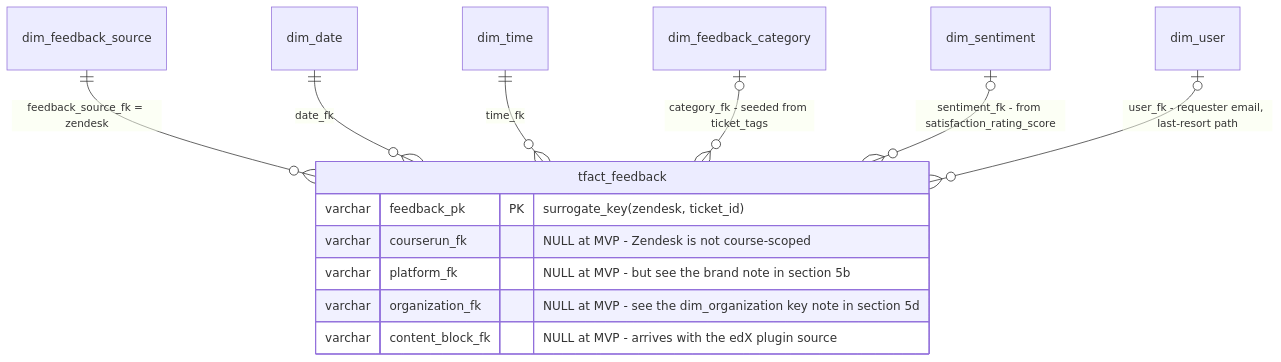
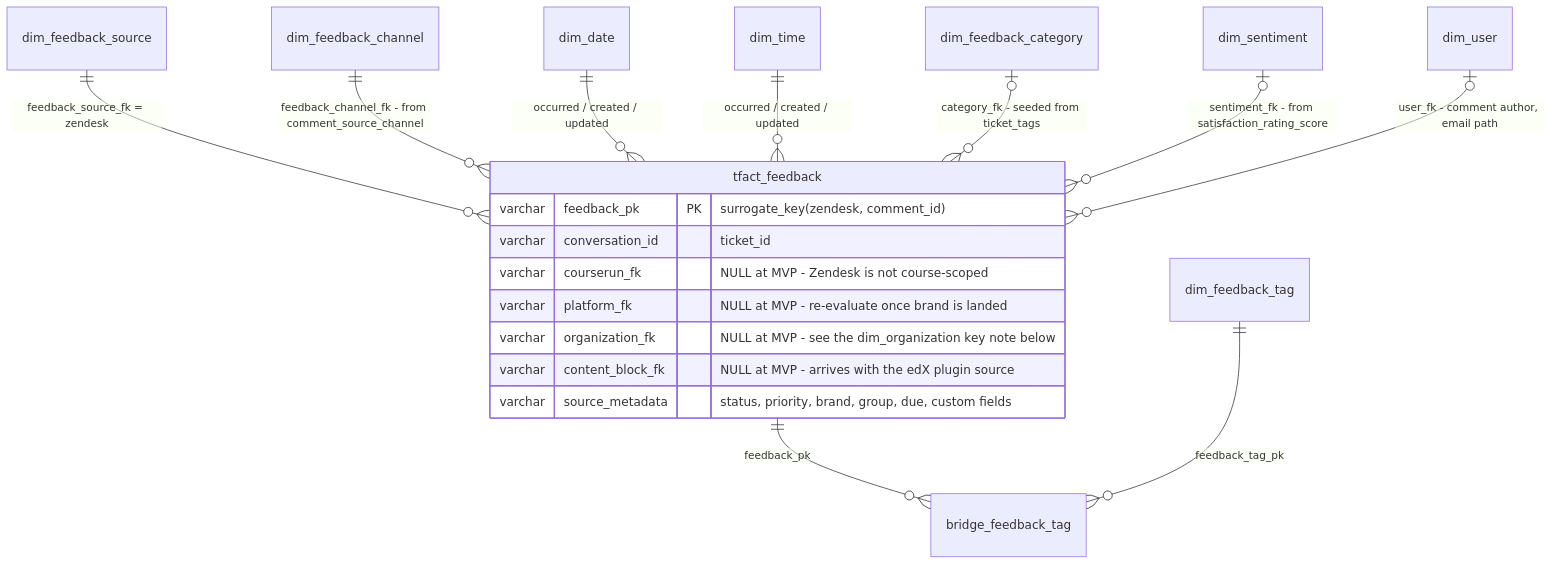
One commit to mitodl/ol-data-platform changed the fifth of 6 diagrams in docs/design/feedback_erd.md. Above: the diagram before and after it, drawn with Mermaid. The commit also changed other lines of this file and 7 other files, not shown here.

````diff
--- a/docs/design/feedback_erd.md
+++ b/docs/design/feedback_erd.md
@@ -202,17 +353,22 @@
 ```mermaid
 erDiagram
     dim_feedback_source   ||--o{ tfact_feedback : "feedback_source_fk = zendesk"
-    dim_date              ||--o{ tfact_feedback : "date_fk"
-    dim_time              ||--o{ tfact_feedback : "time_fk"
+    dim_feedback_channel  ||--o{ tfact_feedback : "feedback_channel_fk - from comment_source_channel"
+    dim_date              ||--o{ tfact_feedback : "occurred / created / updated"
+    dim_time              ||--o{ tfact_feedback : "occurred / created / updated"
     dim_feedback_category |o--o{ tfact_feedback : "category_fk - seeded from ticket_tags"
     dim_sentiment         |o--o{ tfact_feedback : "sentiment_fk - from satisfaction_rating_score"
-    dim_user              |o--o{ tfact_feedback : "user_fk - requester email, last-resort path"
+    dim_user              |o--o{ tfact_feedback : "user_fk - comment author, email path"
+    tfact_feedback        ||--o{ bridge_feedback_tag : "feedback_pk"
+    dim_feedback_tag      ||--o{ bridge_feedback_tag : "feedback_tag_pk"
 
     tfact_feedback {
-        varchar feedback_pk PK "surrogate_key(zendesk, ticket_id)"
+        varchar feedback_pk PK "surrogate_key(zendesk, comment_id)"
+        varchar conversation_id "ticket_id"
         varchar courserun_fk "NULL at MVP - Zendesk is not course-scoped"
-        varchar platform_fk "NULL at MVP - but see the brand note in section 5b"
-        varchar organization_fk "NULL at MVP - see the dim_organization key note in section 5d"
+        varchar platform_fk "NULL at MVP - re-evaluate once brand is landed"
+        varchar organization_fk "NULL at MVP - see the dim_organization key note below"
         varchar content_block_fk "NULL at MVP - arrives with the edX plugin source"
+        varchar source_metadata "status, priority, brand, group, due, custom fields"
     }
 ```
````
